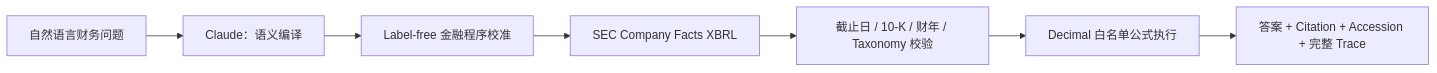
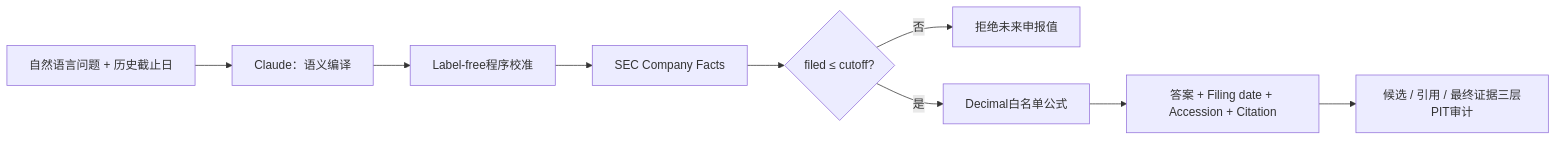
One commit to QiQiyzhu/FinSearchComp-Audit changed the diagram in README.md. Above: the diagram before and after it, drawn with Mermaid. The commit also changed other lines of this file and 26 other files, not shown here.

````diff
--- a/README.md
+++ b/README.md
@@ -44,9 +55,11 @@
 ```mermaid
 flowchart LR
-    Q["自然语言财务问题"] --> L["Claude：语义编译"]
-    L --> P["Label-free 金融程序校准"]
-    P --> X["SEC Company Facts XBRL"]
-    X --> V["截止日 / 10-K / 财年 / Taxonomy 校验"]
-    V --> C["Decimal 白名单公式执行"]
-    C --> A["答案 + Citation + Accession + 完整 Trace"]
+    Q["自然语言问题 + 历史截止日"] --> L["Claude：语义编译"]
+    L --> P["Label-free程序校准"]
+    P --> X["SEC Company Facts"]
+    X --> V{"filed ≤ cutoff?"}
+    V -->|否| R["拒绝未来申报值"]
+    V -->|是| C["Decimal白名单公式"]
+    C --> A["答案 + Filing date + Accession + Citation"]
+    A --> T["候选 / 引用 / 最终证据三层PIT审计"]
 ```
````
